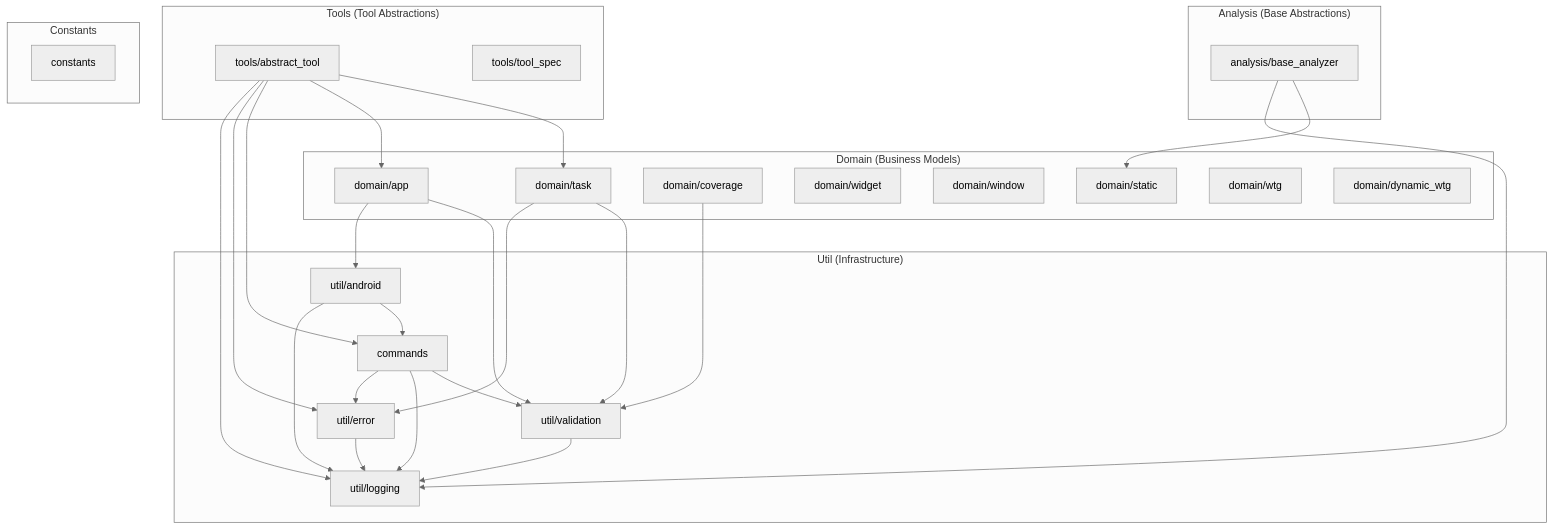
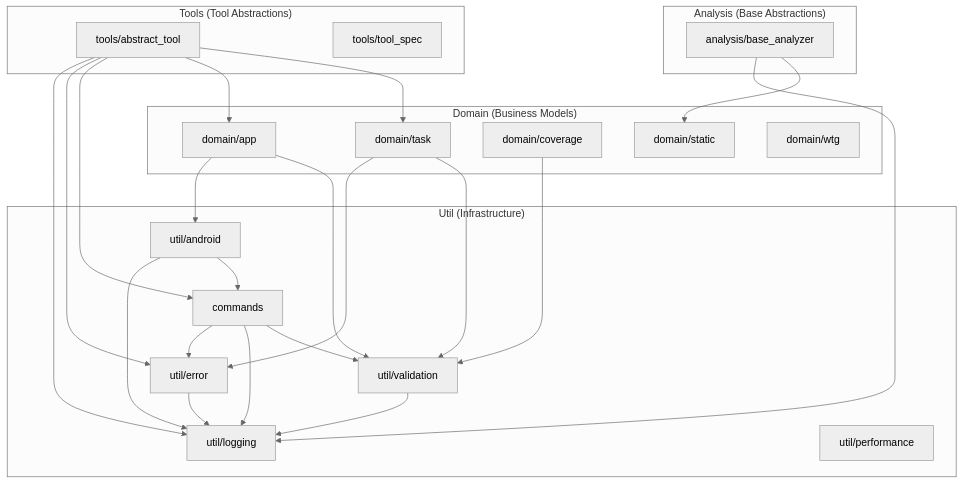
The third of 6 diagrams in rv-android/modules/rv-android-core/docs/architecture.md (PAMunb/rvsec), drawn with Mermaid before and after one commit. The commit also changed other lines of this file and 17 other files, not shown here.

First line of the commit message:
docs(tg5): architecture docs for all 13 modules + aperv spec rewrite + script updates (refs #48)

````diff
--- a/rv-android/modules/rv-android-core/docs/architecture.md
+++ b/rv-android/modules/rv-android-core/docs/architecture.md
@@ -260,60 +343,54 @@
 ```mermaid
 %%{init: {'theme': 'neutral'}}%%
 flowchart TB
     subgraph ToolsLayer["Tools (Tool Abstractions)"]
         AbstractToolPkg["tools/abstract_tool"]
         ToolSpecPkg["tools/tool_spec"]
     end
 
     subgraph DomainLayer["Domain (Business Models)"]
         TaskPkg["domain/task"]
         AppPkg["domain/app"]
         CoveragePkg["domain/coverage"]
-        WidgetPkg["domain/widget"]
-        WindowPkg["domain/window"]
         StaticPkg["domain/static"]
         WtgPkg["domain/wtg"]
-        DynWtgPkg["domain/dynamic_wtg"]
     end
 
     subgraph AnalysisLayer["Analysis (Base Abstractions)"]
         BaseAnalyzerPkg["analysis/base_analyzer"]
     end
 
     subgraph UtilLayer["Util (Infrastructure)"]
         ErrorPkg["util/error"]
         LoggingPkg["util/logging"]
         ValidationPkg["util/validation"]
+        PerfPkg["util/performance"]
         CommandsPkg["commands"]
         AndroidPkg["util/android"]
-    end
-
-    subgraph ConstantsNode["Constants"]
-        ConstPkg["constants"]
     end
 
     AbstractToolPkg --> TaskPkg
     AbstractToolPkg --> AppPkg
     AbstractToolPkg --> CommandsPkg
     AbstractToolPkg --> ErrorPkg
     AbstractToolPkg --> LoggingPkg
 
     TaskPkg --> ValidationPkg
     TaskPkg --> ErrorPkg
     AppPkg --> ValidationPkg
     AppPkg --> AndroidPkg
     CoveragePkg --> ValidationPkg
 
     BaseAnalyzerPkg --> StaticPkg
     BaseAnalyzerPkg --> LoggingPkg
 
     CommandsPkg --> ValidationPkg
     CommandsPkg --> LoggingPkg
     CommandsPkg --> ErrorPkg
 
     AndroidPkg --> CommandsPkg
     AndroidPkg --> LoggingPkg
 
     ValidationPkg --> LoggingPkg
     ErrorPkg --> LoggingPkg
 ```
````
